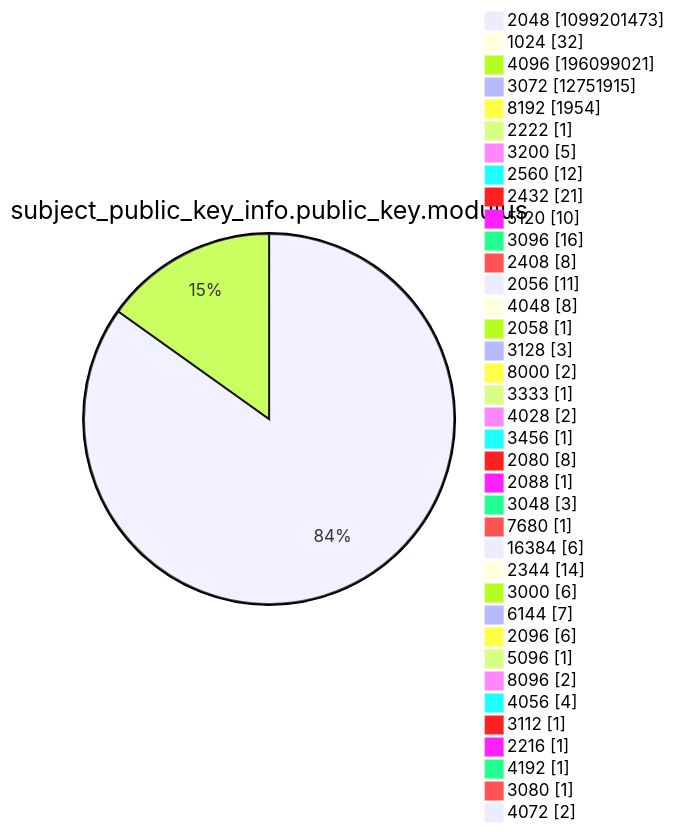
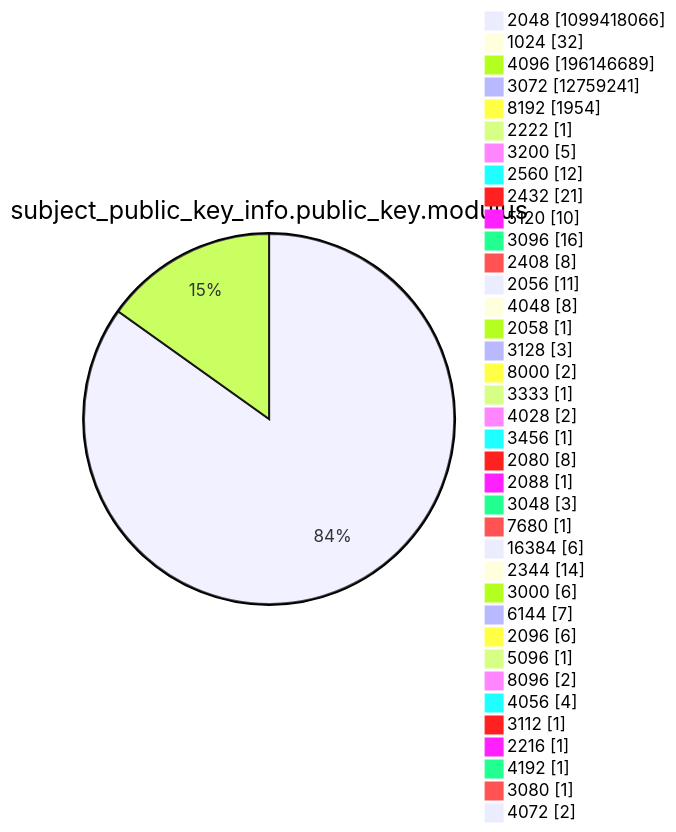
Diagram 13 of 15 in argon2022/README.md (christiankrug/ctmonitor_visualization), drawn with Mermaid before and after one commit. The commit also changed other lines of this file, not shown here.

````diff
--- a/argon2022/README.md
+++ b/argon2022/README.md
@@ -3589,41 +3589,41 @@
 ```mermaid
 pie showData
 title subject_public_key_info.public_key.modulus
-"2048" :1099201473
+"2048" :1099418066
 "1024" :32
-"4096" :196099021
-"3072" :12751915
+"4096" :196146689
+"3072" :12759241
 "8192" :1954
 "2222" :1
 "3200" :5
 "2560" :12
 "2432" :21
 "5120" :10
 "3096" :16
 "2408" :8
 "2056" :11
 "4048" :8
 "2058" :1
 "3128" :3
 "8000" :2
 "3333" :1
 "4028" :2
 "3456" :1
 "2080" :8
 "2088" :1
 "3048" :3
 "7680" :1
 "16384" :6
 "2344" :14
 "3000" :6
 "6144" :7
 "2096" :6
 "5096" :1
 "8096" :2
 "4056" :4
 "3112" :1
 "2216" :1
 "4192" :1
 "3080" :1
 "4072" :2
 ```
````
